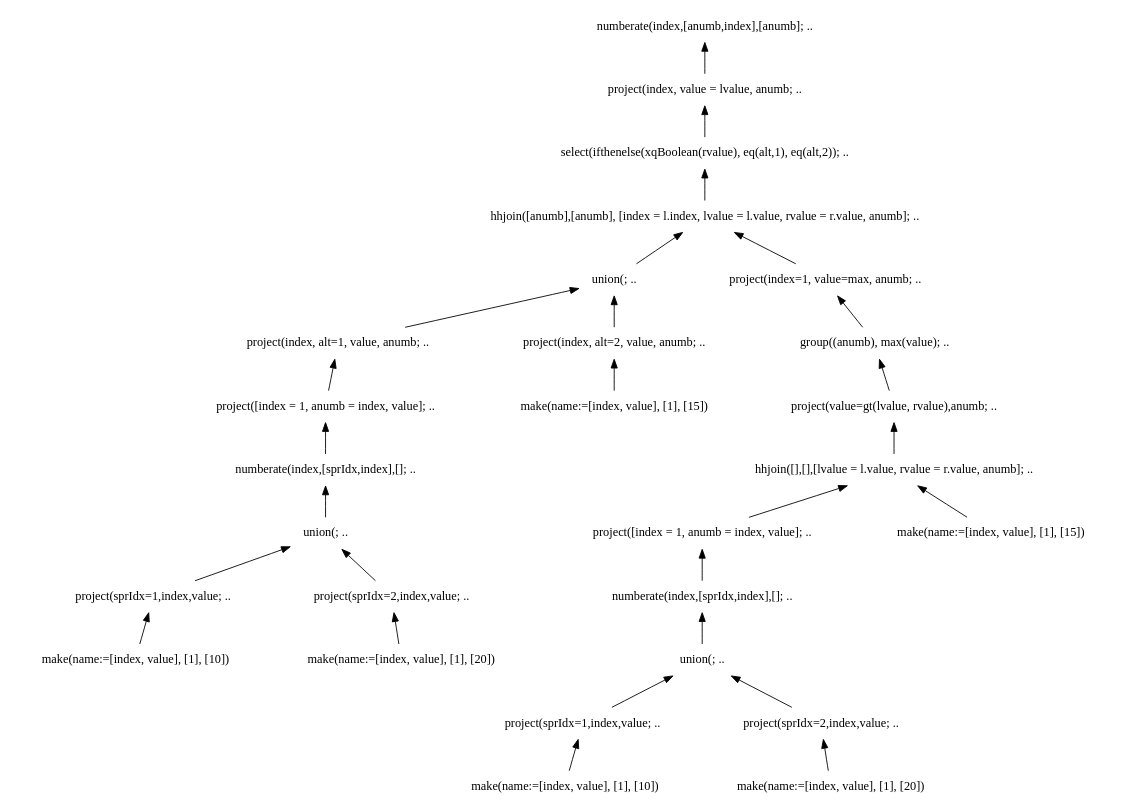
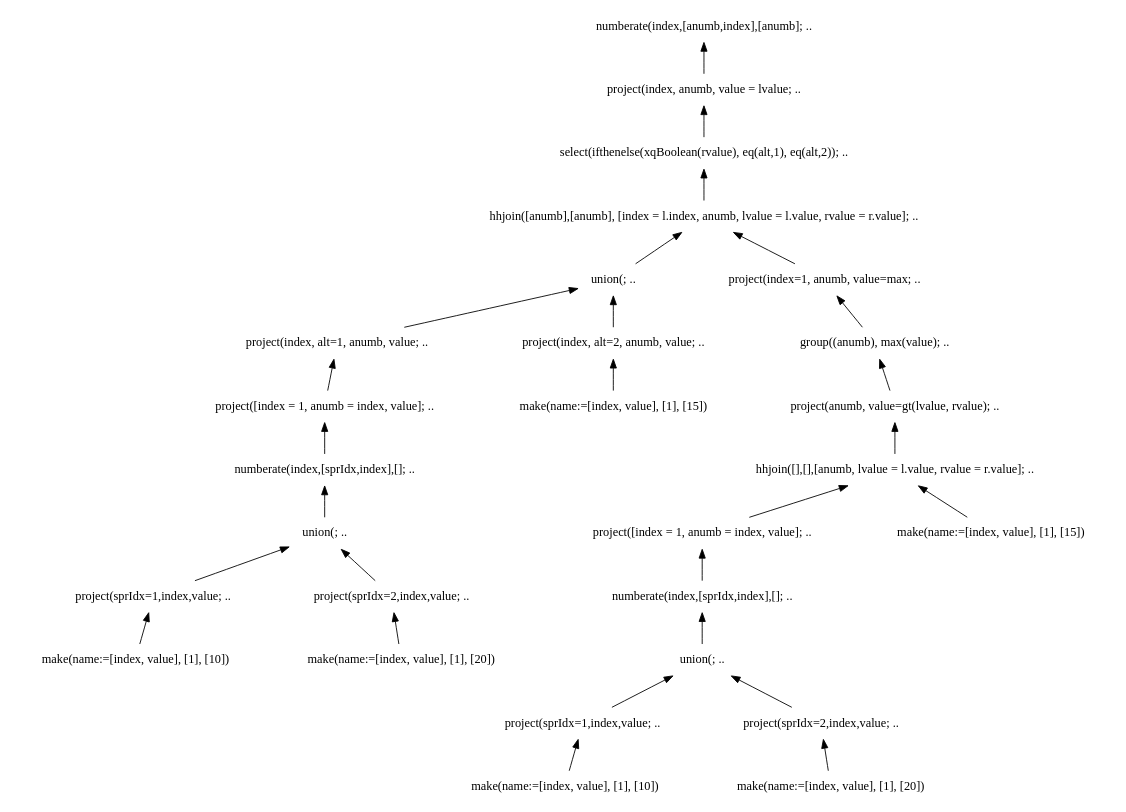
The diagram in doc/img/graphs/td_impl_flwor_ifthenelse.xq_relalg.dot (andrerav/xqft-parser), drawn with Graphviz before and after one commit. The commit also changed 12 other files, not shown here.

```diff
--- a/doc/img/graphs/td_impl_flwor_ifthenelse.xq_relalg.dot
+++ b/doc/img/graphs/td_impl_flwor_ifthenelse.xq_relalg.dot
@@ -1,58 +1,58 @@
 digraph AST {
 edge [color=black, dir=both, weight=1, fontcolor=black, arrowhead=none, arrowtail=normal]
 node [shape=plaintext]
   numberate1 -> project2
     project2 -> select3
       select3 -> hhjoin4
         hhjoin4 -> union5
           union5 -> project6
             project6 -> project7
               project7 -> numberate8
                 numberate8 -> union9
                   union9 -> project10
                     project10 -> make11
 make11 [label="make(name:=[index, value], [1], [10])"]
 project10 [label="project(sprIdx=1,index,value; .."]
                     union9 -> project12
                       project12 -> make13
 make13 [label="make(name:=[index, value], [1], [20])"]
 project12 [label="project(sprIdx=2,index,value; .."]
 union9 [label="union(; .."]
 numberate8 [label="numberate(index,[sprIdx,index],[]; .."]
 project7 [label="project([index = 1, anumb = index, value]; .."]
-project6 [label="project(index, alt=1, value, anumb; .."]
+project6 [label="project(index, alt=1, anumb, value; .."]
             union5 -> project14
               project14 -> make15
 make15 [label="make(name:=[index, value], [1], [15])"]
-project14 [label="project(index, alt=2, value, anumb; .."]
+project14 [label="project(index, alt=2, anumb, value; .."]
 union5 [label="union(; .."]
           hhjoin4 -> project16
             project16 -> group17
               group17 -> project18
                 project18 -> hhjoin19
                   hhjoin19 -> project20
                     project20 -> numberate21
                       numberate21 -> union22
                         union22 -> project23
                           project23 -> make24
 make24 [label="make(name:=[index, value], [1], [10])"]
 project23 [label="project(sprIdx=1,index,value; .."]
                           union22 -> project25
                             project25 -> make26
 make26 [label="make(name:=[index, value], [1], [20])"]
 project25 [label="project(sprIdx=2,index,value; .."]
 union22 [label="union(; .."]
 numberate21 [label="numberate(index,[sprIdx,index],[]; .."]
 project20 [label="project([index = 1, anumb = index, value]; .."]
                     hhjoin19 -> make27
 make27 [label="make(name:=[index, value], [1], [15])"]
-hhjoin19 [label="hhjoin([],[],[lvalue = l.value, rvalue = r.value, anumb]; .."]
-project18 [label="project(value=gt(lvalue, rvalue),anumb; .."]
+hhjoin19 [label="hhjoin([],[],[anumb, lvalue = l.value, rvalue = r.value]; .."]
+project18 [label="project(anumb, value=gt(lvalue, rvalue); .."]
 group17 [label="group((anumb), max(value); .."]
-project16 [label="project(index=1, value=max, anumb; .."]
-hhjoin4 [label="hhjoin([anumb],[anumb], [index = l.index, lvalue = l.value, rvalue = r.value, anumb]; .."]
+project16 [label="project(index=1, anumb, value=max; .."]
+hhjoin4 [label="hhjoin([anumb],[anumb], [index = l.index, anumb, lvalue = l.value, rvalue = r.value]; .."]
 select3 [label="select(ifthenelse(xqBoolean(rvalue), eq(alt,1), eq(alt,2)); .."]
-project2 [label="project(index, value = lvalue, anumb; .."]
+project2 [label="project(index, anumb, value = lvalue; .."]
 numberate1 [label="numberate(index,[anumb,index],[anumb]; .."]
 
 }
```
